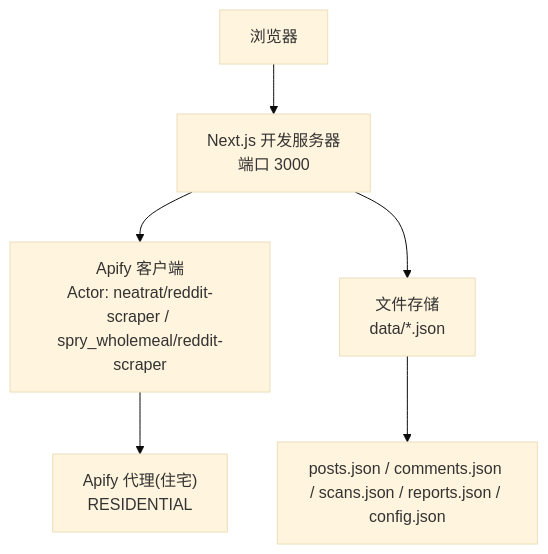
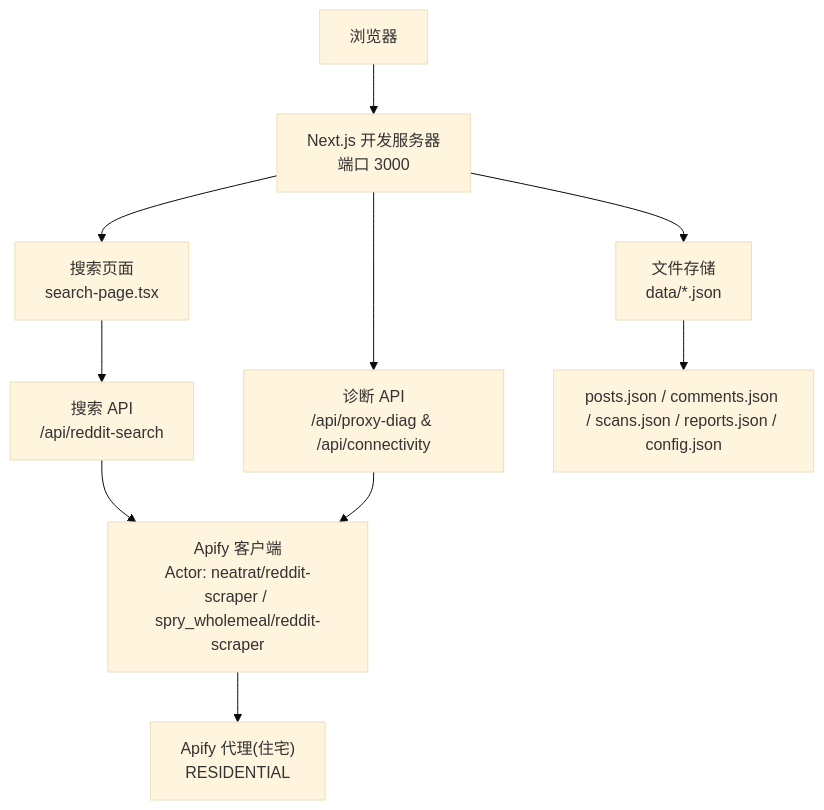
The second of 7 diagrams in .qoder/repowiki/zh/content/部署指南/本地部署.md (zezzezzez/reddit), drawn with Mermaid (base theme) before and after one commit. The commit also changed other lines of this file and 21 other files, not shown here.

````diff
--- a/.qoder/repowiki/zh/content/部署指南/本地部署.md
+++ b/.qoder/repowiki/zh/content/部署指南/本地部署.md
@@ -91,8 +112,12 @@
 ```mermaid
 graph TB
 U["浏览器"] --> N["Next.js 开发服务器<br/>端口 3000"]
-N --> A["Apify 客户端<br/>Actor: neatrat/reddit-scraper / spry_wholemeal/reddit-scraper"]
+N --> S["搜索页面<br/>search-page.tsx"]
+S --> API["搜索 API<br/>/api/reddit-search"]
+API --> A["Apify 客户端<br/>Actor: neatrat/reddit-scraper / spry_wholemeal/reddit-scraper"]
 A --> P["Apify 代理(住宅)<br/>RESIDENTIAL"]
-N --> S["文件存储<br/>data/*.json"]
-S --> D["posts.json / comments.json / scans.json / reports.json / config.json"]
+N --> DIAG["诊断 API<br/>/api/proxy-diag & /api/connectivity"]
+DIAG --> A
+N --> S2["文件存储<br/>data/*.json"]
+S2 --> D["posts.json / comments.json / scans.json / reports.json / config.json"]
 ```
````
